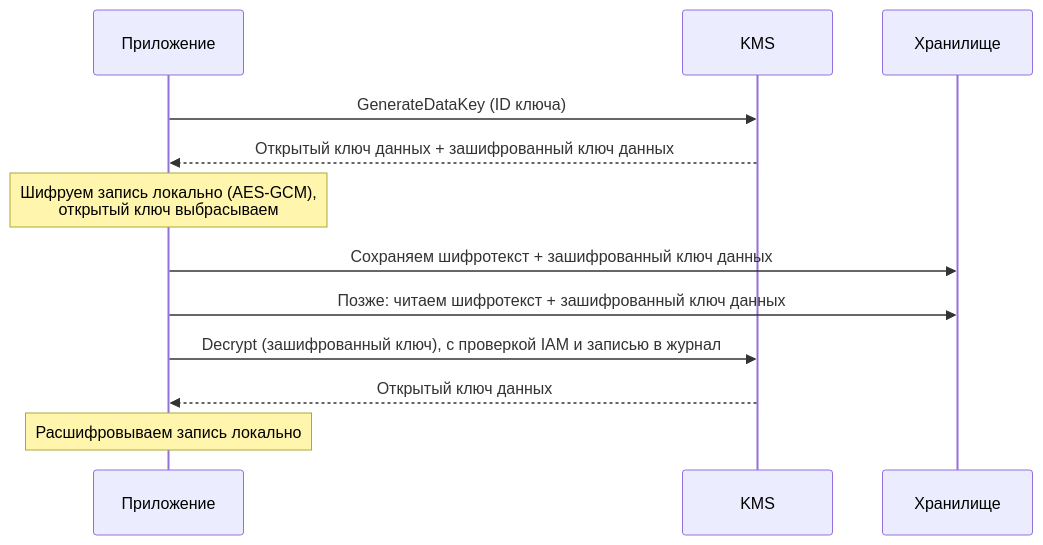
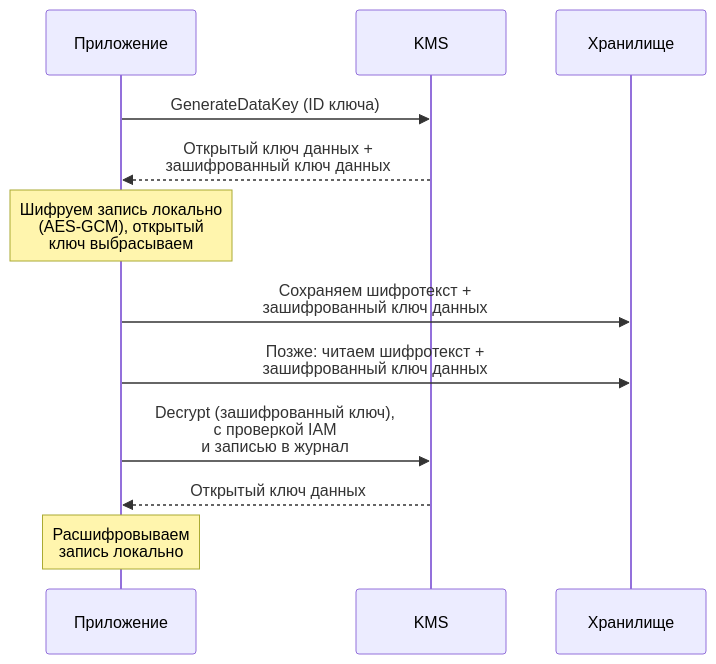
The second of 3 diagrams in src/content/docs/ru/reliability/security.mdx (butyavk/system-design), drawn with Mermaid before and after one commit. The commit also changed other lines of this file and 144 other files, not shown here.

````diff
--- a/src/content/docs/ru/reliability/security.mdx
+++ b/src/content/docs/ru/reliability/security.mdx
@@ -63,14 +63,14 @@
 ```mermaid
 sequenceDiagram
   participant A as Приложение
   participant K as KMS
   participant S as Хранилище
   A->>K: GenerateDataKey (ID ключа)
-  K-->>A: Открытый ключ данных + зашифрованный ключ данных
-  Note over A: Шифруем запись локально (AES-GCM),<br/>открытый ключ выбрасываем
-  A->>S: Сохраняем шифротекст + зашифрованный ключ данных
-  A->>S: Позже: читаем шифротекст + зашифрованный ключ данных
-  A->>K: Decrypt (зашифрованный ключ), с проверкой IAM и записью в журнал
+  K-->>A: Открытый ключ данных +<br/>зашифрованный ключ данных
+  Note over A: Шифруем запись локально<br/>(AES-GCM), открытый<br/>ключ выбрасываем
+  A->>S: Сохраняем шифротекст +<br/>зашифрованный ключ данных
+  A->>S: Позже: читаем шифротекст +<br/>зашифрованный ключ данных
+  A->>K: Decrypt (зашифрованный ключ),<br/>с проверкой IAM<br/>и записью в журнал
   K-->>A: Открытый ключ данных
-  Note over A: Расшифровываем запись локально
+  Note over A: Расшифровываем<br/>запись локально
 ```
````
